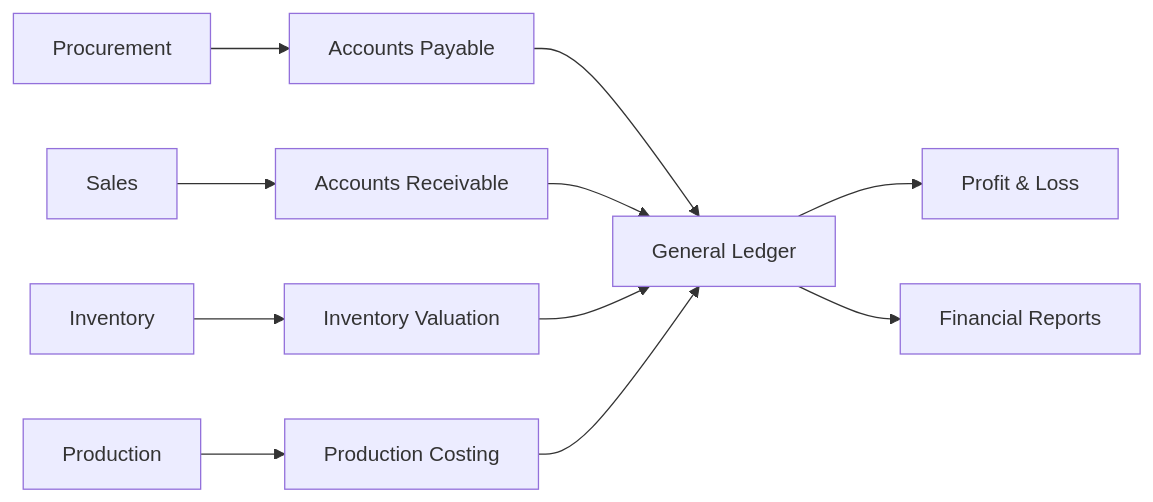
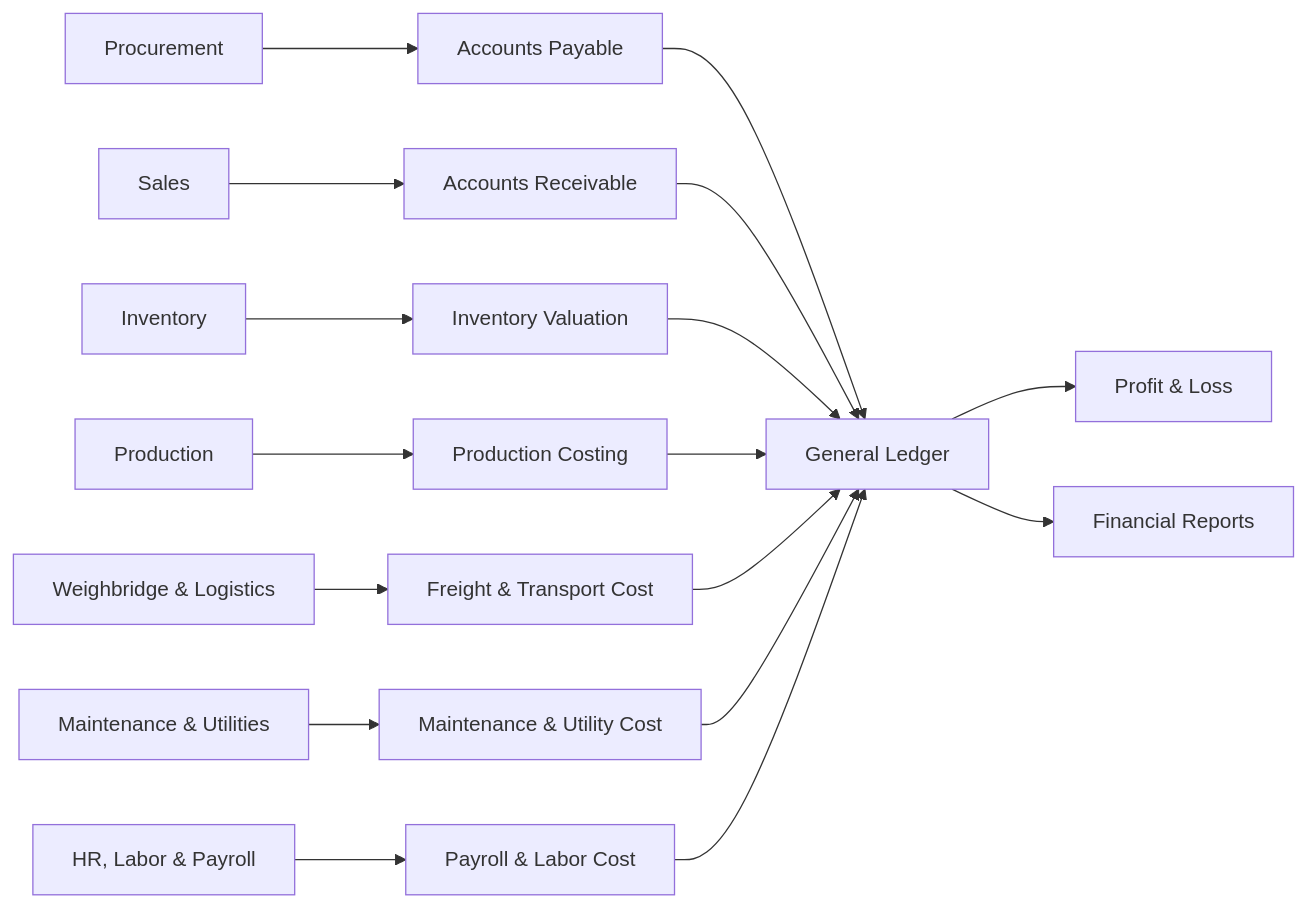
One commit to habibur-rahman-swe/rice-mill-erp changed the diagram in modules/finance/README.md. Above: the diagram before and after it, drawn with Mermaid. The commit also changed other lines of this file and 11 other files, not shown here.

````diff
--- a/modules/finance/README.md
+++ b/modules/finance/README.md
@@ -16,13 +17,19 @@
 ```mermaid
 flowchart LR
     PROC[Procurement] --> AP[Accounts Payable]
     SALES[Sales] --> AR[Accounts Receivable]
     INV[Inventory] --> VAL[Inventory Valuation]
     PROD[Production] --> COST[Production Costing]
+    LOG[Weighbridge & Logistics] --> FREIGHT[Freight & Transport Cost]
+    MAINT[Maintenance & Utilities] --> MCOST[Maintenance & Utility Cost]
+    HR[HR, Labor & Payroll] --> PAYROLL[Payroll & Labor Cost]
     AP --> GL[General Ledger]
     AR --> GL
     VAL --> GL
     COST --> GL
+    FREIGHT --> GL
+    MCOST --> GL
+    PAYROLL --> GL
     GL --> PNL[Profit & Loss]
     GL --> MIS[Financial Reports]
 ```
````
